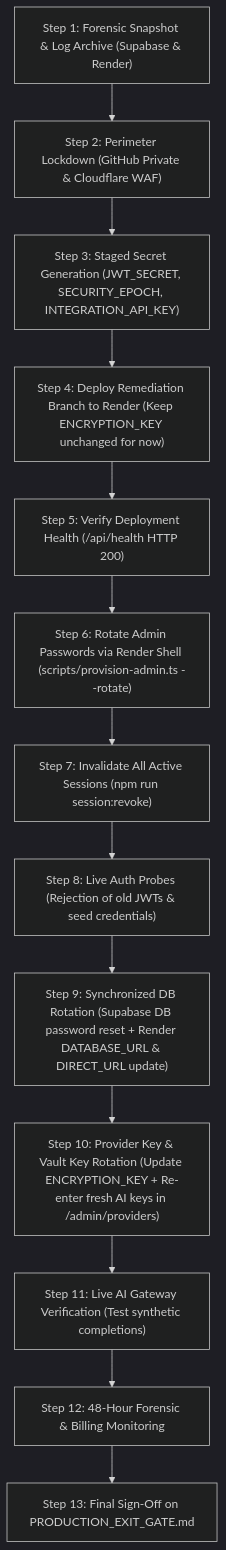
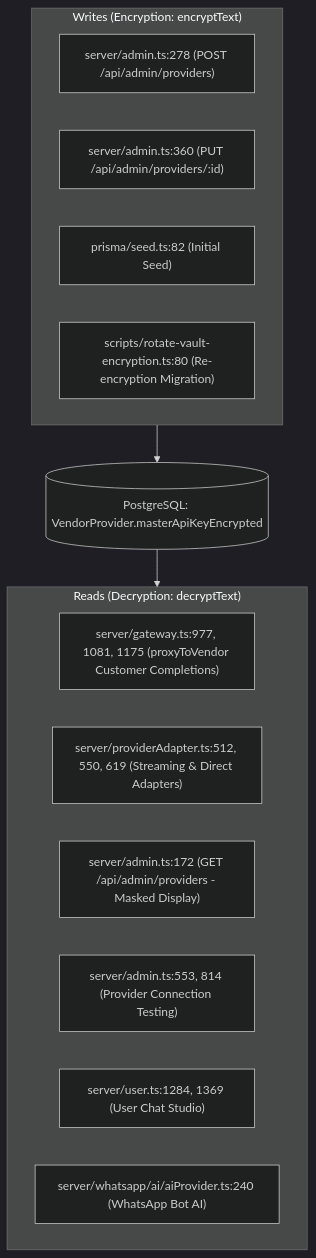
The diagram in docs/security/FINAL_OPERATIONAL_SAFETY_REVIEW.md (HopUppper/lightningdeals-api), drawn with Mermaid (dark theme) before and after one commit. The commit also changed other lines of this file and 2 other files, not shown here.

First line of the commit message:
docs(security): Final pre-production approval review and containment runbook update

````diff
--- a/docs/security/FINAL_OPERATIONAL_SAFETY_REVIEW.md
+++ b/docs/security/FINAL_OPERATIONAL_SAFETY_REVIEW.md
@@ -103,18 +39,21 @@
 ```mermaid
 flowchart TD
-    Step1["Step 1: Forensic Snapshot & Log Archive (Supabase & Render)"]
-    Step2["Step 2: Perimeter Lockdown (GitHub Private & Cloudflare WAF)"]
-    Step3["Step 3: Staged Secret Generation (JWT_SECRET, SECURITY_EPOCH, INTEGRATION_API_KEY)"]
-    Step4["Step 4: Deploy Remediation Branch to Render (Keep ENCRYPTION_KEY unchanged for now)"]
-    Step5["Step 5: Verify Deployment Health (/api/health HTTP 200)"]
-    Step6["Step 6: Rotate Admin Passwords via Render Shell (scripts/provision-admin.ts --rotate)"]
-    Step7["Step 7: Invalidate All Active Sessions (npm run session:revoke)"]
-    Step8["Step 8: Live Auth Probes (Rejection of old JWTs & seed credentials)"]
-    Step9["Step 9: Synchronized DB Rotation (Supabase DB password reset + Render DATABASE_URL & DIRECT_URL update)"]
-    Step10["Step 10: Provider Key & Vault Key Rotation (Update ENCRYPTION_KEY + Re-enter fresh AI keys in /admin/providers)"]
-    Step11["Step 11: Live AI Gateway Verification (Test synthetic completions)"]
-    Step12["Step 12: 48-Hour Forensic & Billing Monitoring"]
-    Step13["Step 13: Final Sign-Off on PRODUCTION_EXIT_GATE.md"]
+    subgraph WRITES ["Writes (Encryption: encryptText)"]
+        W1["server/admin.ts:278 (POST /api/admin/providers)"]
+        W2["server/admin.ts:360 (PUT /api/admin/providers/:id)"]
+        W3["prisma/seed.ts:82 (Initial Seed)"]
+        W4["scripts/rotate-vault-encryption.ts:80 (Re-encryption Migration)"]
+    end
 
-    Step1 --> Step2 --> Step3 --> Step4 --> Step5 --> Step6 --> Step7 --> Step8 --> Step9 --> Step10 --> Step11 --> Step12 --> Step13
+    subgraph READS ["Reads (Decryption: decryptText)"]
+        R1["server/gateway.ts:977, 1081, 1175 (proxyToVendor Customer Completions)"]
+        R2["server/providerAdapter.ts:512, 550, 619 (Streaming & Direct Adapters)"]
+        R3["server/admin.ts:172 (GET /api/admin/providers - Masked Display)"]
+        R4["server/admin.ts:553, 814 (Provider Connection Testing)"]
+        R5["server/user.ts:1284, 1369 (User Chat Studio)"]
+        R6["server/whatsapp/ai/aiProvider.ts:240 (WhatsApp Bot AI)"]
+    end
+
+    WRITES --> DB[("PostgreSQL: VendorProvider.masterApiKeyEncrypted")]
+    DB --> READS
 ```
````
